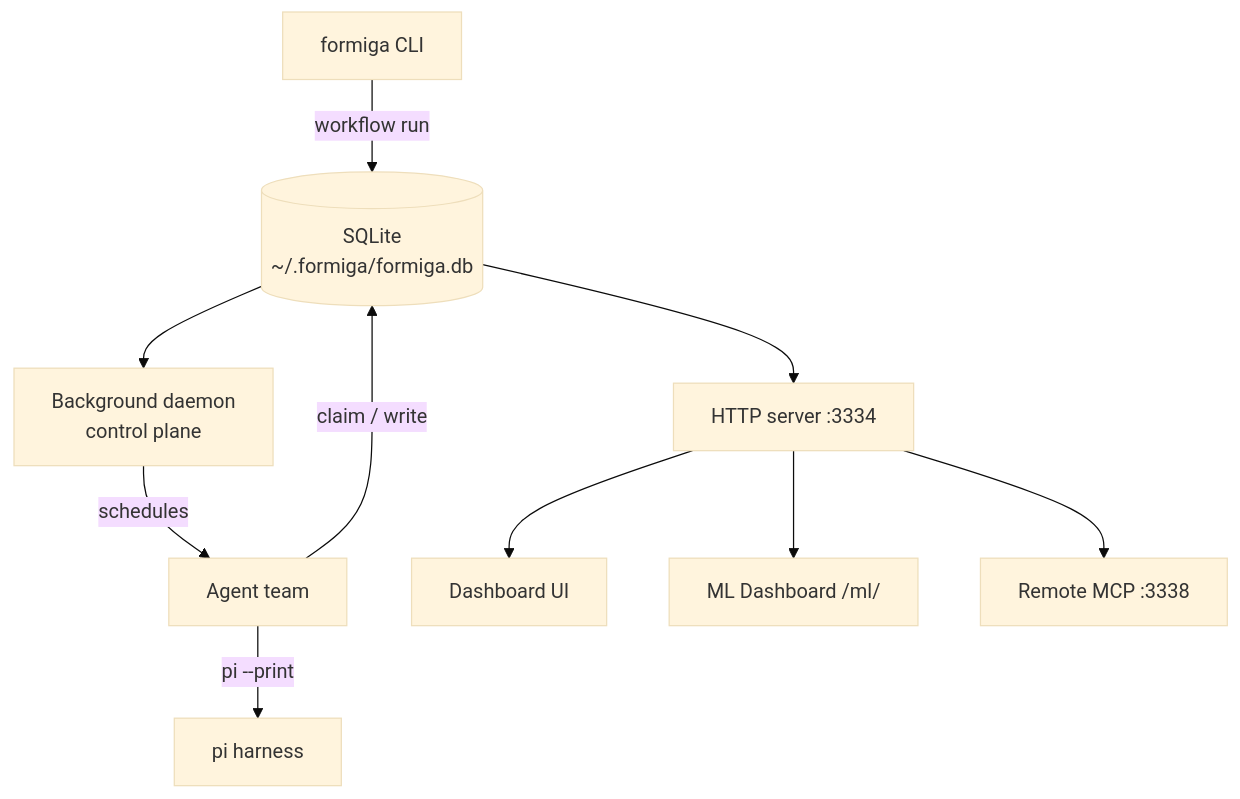
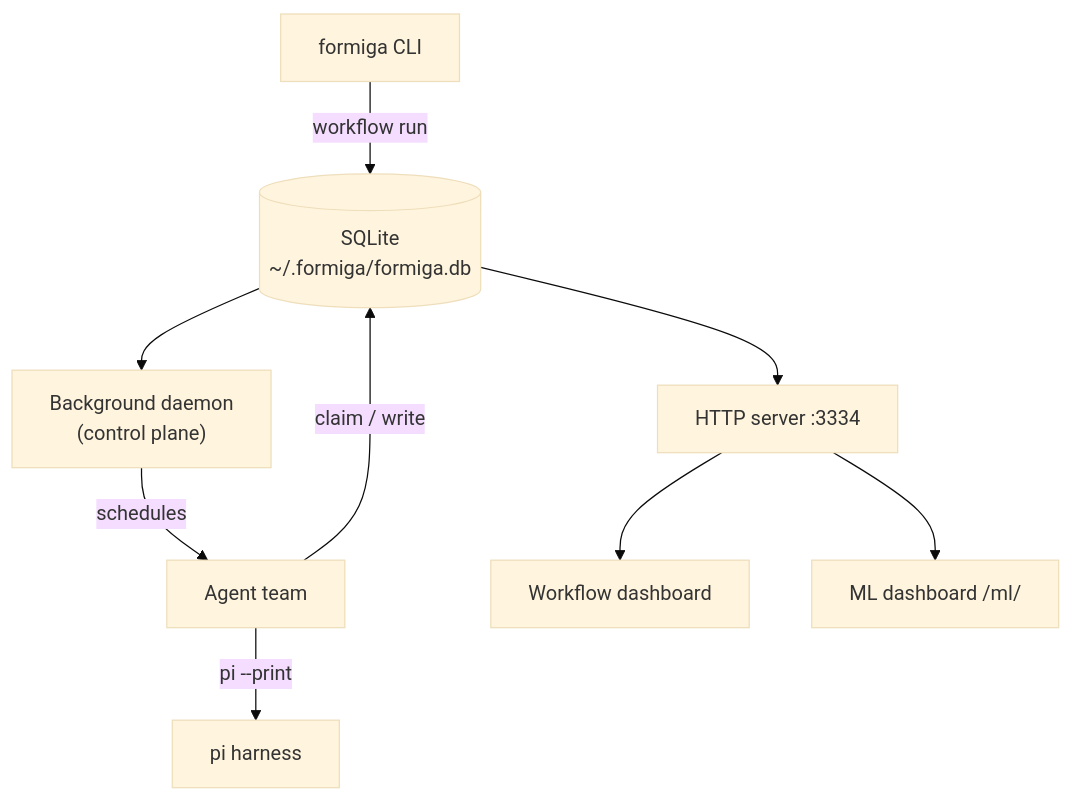
Before and after one commit to PJarbas/formiga: the second of 2 diagrams in README.md, drawn with Mermaid (base theme). The commit also changed other lines of this file and 4 other files, not shown here.

````diff
--- a/README.md
+++ b/README.md
@@ -70,12 +100,11 @@
 ```mermaid
 flowchart TB
     CLI["formiga CLI"] -->|workflow run| DB[("SQLite<br/>~/.formiga/formiga.db")]
-    DB --> Daemon["Background daemon<br/>control plane"]
+    DB --> Daemon["Background daemon<br/>(control plane)"]
     Daemon -->|schedules| Agents["Agent team"]
     Agents -->|"pi --print"| Harness["pi harness"]
     Agents -->|claim / write| DB
     DB --> Server["HTTP server :3334"]
-    Server --> Dash["Dashboard UI"]
-    Server --> React["ML Dashboard /ml/"]
-    Server --> MCP["Remote MCP :3338"]
+    Server --> Dash["Workflow dashboard"]
+    Server --> ML["ML dashboard /ml/"]
 ```
````
